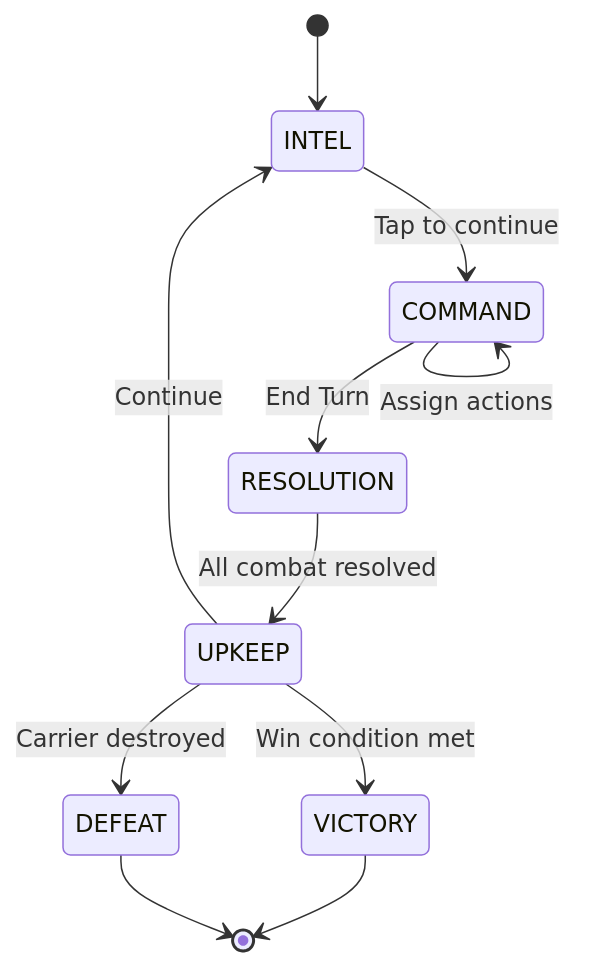
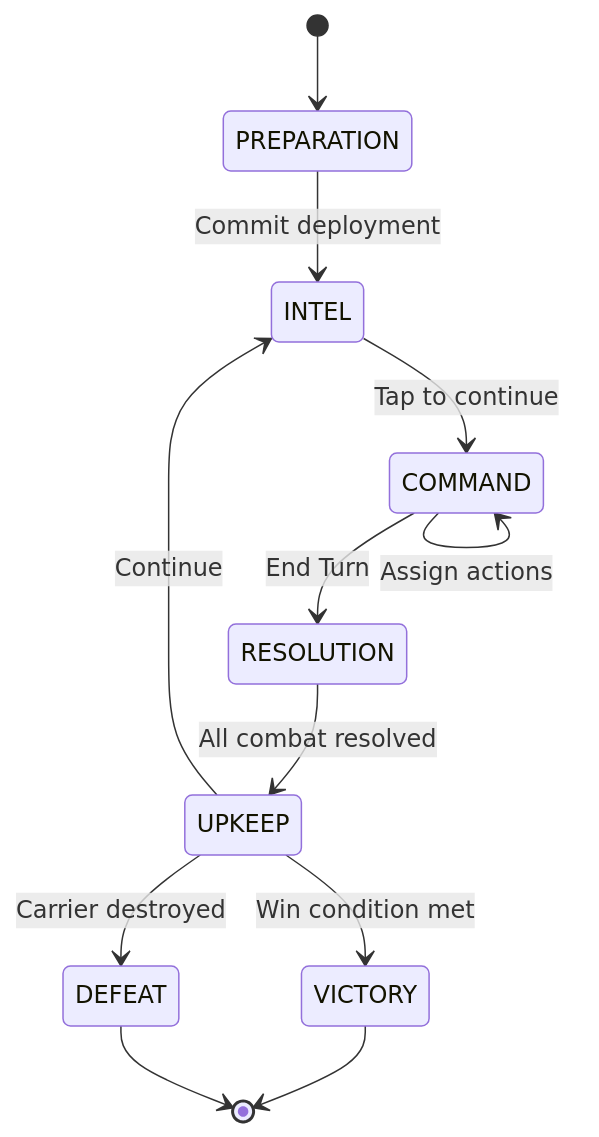
One commit to blamechris/exodus-loop-docs changed the second of 2 diagrams in content/developer-guide/screens.md. Above: the diagram before and after it, drawn with Mermaid. The commit also changed other lines of this file and 6 other files, not shown here.

````diff
--- a/content/developer-guide/screens.md
+++ b/content/developer-guide/screens.md
@@ -112,17 +119,19 @@
 ```mermaid
 stateDiagram-v2
-    [*] --> INTEL
+    [*] --> PREPARATION
+    PREPARATION --> INTEL: Commit deployment
+
     INTEL --> COMMAND: Tap to continue
 
     COMMAND --> RESOLUTION: End Turn
     COMMAND --> COMMAND: Assign actions
 
     RESOLUTION --> UPKEEP: All combat resolved
 
     UPKEEP --> INTEL: Continue
     UPKEEP --> VICTORY: Win condition met
     UPKEEP --> DEFEAT: Carrier destroyed
 
     VICTORY --> [*]
     DEFEAT --> [*]
 ```
````
